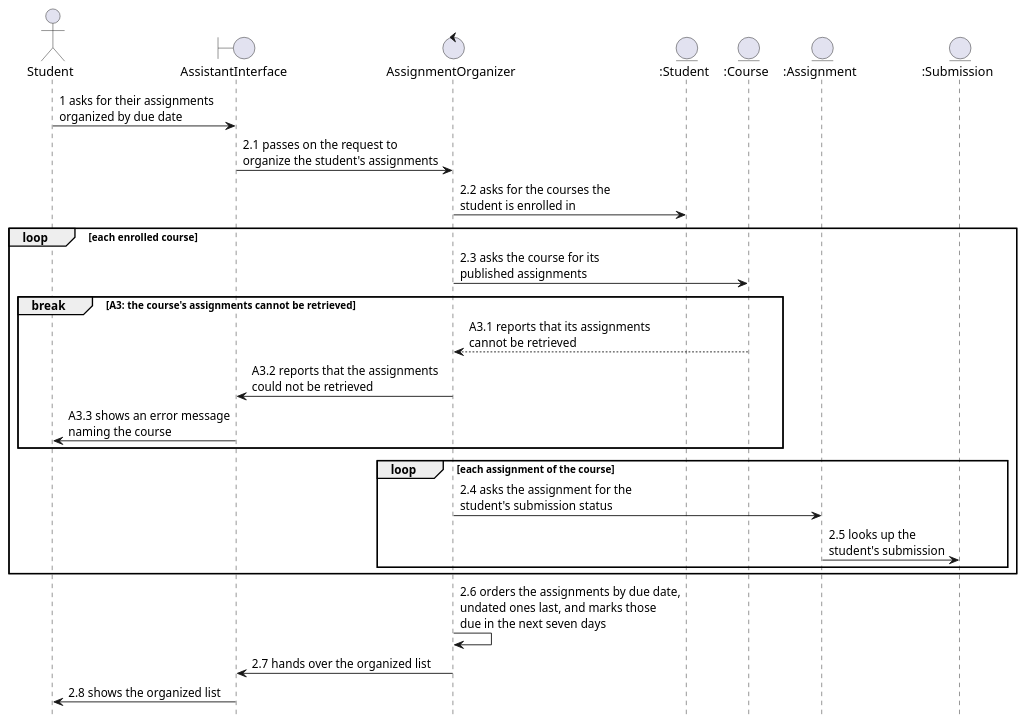
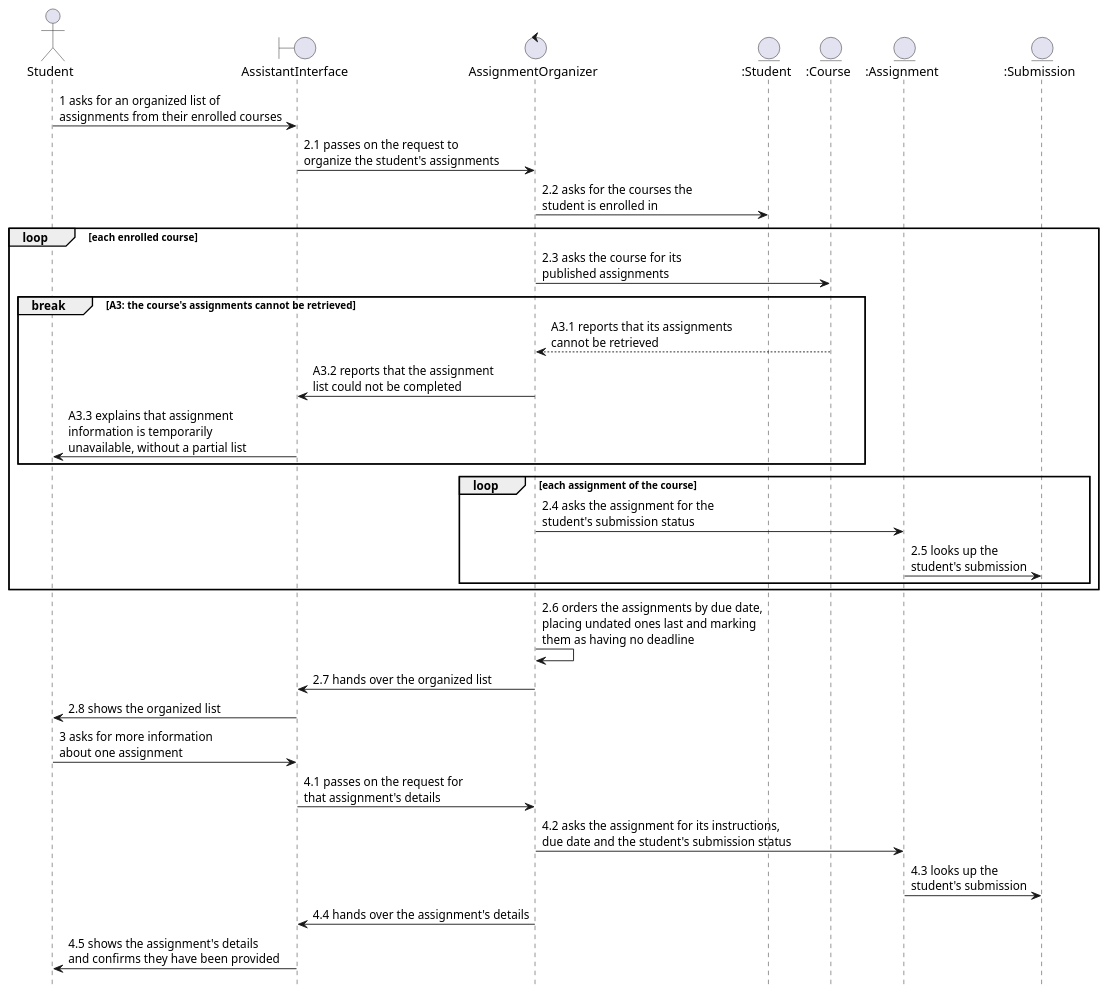
The diagram in docs/p2/diagrams/uc02-analysis-sequence.puml (ErikS11/Ai-Agent), drawn with PlantUML before and after one commit. The commit also changed 1 other file, not shown here.

Commit message:
5.2: redraw UC-02 sequence diagram for Erik's steps
Adds messages 3 and 4.1 to 4.5 for the assignment-details turn, rewords
2.6 and A3 to match the new table, and drops the seven-day mark. Eighteen
messages for eighteen scenario-table rows.

```diff
--- a/docs/p2/diagrams/uc02-analysis-sequence.puml
+++ b/docs/p2/diagrams/uc02-analysis-sequence.puml
@@ -1,37 +1,44 @@
 @startuml uc02-analysis-sequence
 ' Figure 5.2.2: analysis sequence diagram for UC-02 Organize Assignments.
 ' Message numbers match the scenario table in docs/p2/sections/5-2-uc02.md, one message per row.
 ' Render: java -jar plantuml.jar -tpng docs/p2/diagrams/uc02-analysis-sequence.puml
 hide footbox
 skinparam shadowing false
 skinparam sequenceMessageAlign left
 
 actor Student
 boundary AssistantInterface
 control AssignmentOrganizer
 entity ":Student" as StudentRecord
 entity ":Course" as Course
 entity ":Assignment" as Assignment
 entity ":Submission" as Submission
 
-Student -> AssistantInterface : 1 asks for their assignments\norganized by due date
+Student -> AssistantInterface : 1 asks for an organized list of\nassignments from their enrolled courses
 AssistantInterface -> AssignmentOrganizer : 2.1 passes on the request to\norganize the student's assignments
 AssignmentOrganizer -> StudentRecord : 2.2 asks for the courses the\nstudent is enrolled in
 
 loop each enrolled course
   AssignmentOrganizer -> Course : 2.3 asks the course for its\npublished assignments
   break A3: the course's assignments cannot be retrieved
     Course --> AssignmentOrganizer : A3.1 reports that its assignments\ncannot be retrieved
-    AssignmentOrganizer -> AssistantInterface : A3.2 reports that the assignments\ncould not be retrieved
-    AssistantInterface -> Student : A3.3 shows an error message\nnaming the course
+    AssignmentOrganizer -> AssistantInterface : A3.2 reports that the assignment\nlist could not be completed
+    AssistantInterface -> Student : A3.3 explains that assignment\ninformation is temporarily\nunavailable, without a partial list
   end
   loop each assignment of the course
     AssignmentOrganizer -> Assignment : 2.4 asks the assignment for the\nstudent's submission status
     Assignment -> Submission : 2.5 looks up the\nstudent's submission
   end
 end
 
-AssignmentOrganizer -> AssignmentOrganizer : 2.6 orders the assignments by due date,\nundated ones last, and marks those\ndue in the next seven days
+AssignmentOrganizer -> AssignmentOrganizer : 2.6 orders the assignments by due date,\nplacing undated ones last and marking\nthem as having no deadline
 AssignmentOrganizer -> AssistantInterface : 2.7 hands over the organized list
 AssistantInterface -> Student : 2.8 shows the organized list
+
+Student -> AssistantInterface : 3 asks for more information\nabout one assignment
+AssistantInterface -> AssignmentOrganizer : 4.1 passes on the request for\nthat assignment's details
+AssignmentOrganizer -> Assignment : 4.2 asks the assignment for its instructions,\ndue date and the student's submission status
+Assignment -> Submission : 4.3 looks up the\nstudent's submission
+AssignmentOrganizer -> AssistantInterface : 4.4 hands over the assignment's details
+AssistantInterface -> Student : 4.5 shows the assignment's details\nand confirms they have been provided
 @enduml
```
